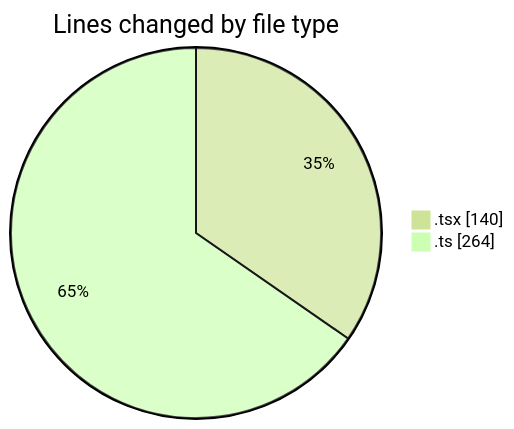
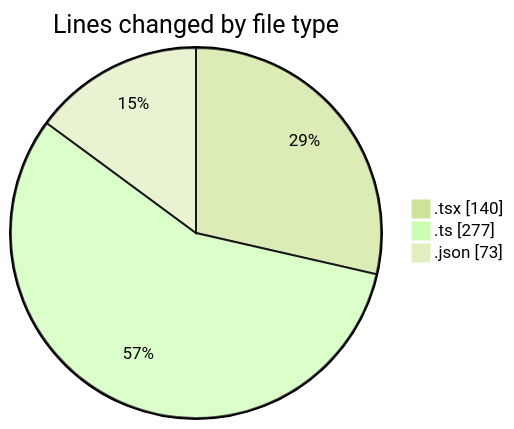
Before and after one commit to robertbonfada/code-tracking: the first of 2 diagrams in 2025-01-20/mbc-web/README.md, drawn with Mermaid (forest theme). The commit also changed other lines of this file and 1 other file, not shown here.

````diff
--- a/2025-01-20/mbc-web/README.md
+++ b/2025-01-20/mbc-web/README.md
@@ -23,6 +24,7 @@
 ```mermaid
 pie showData
 title Lines changed by file type
 ".tsx" : 140
-".ts" : 264
+".ts" : 277
+".json" : 73
 ```
````
